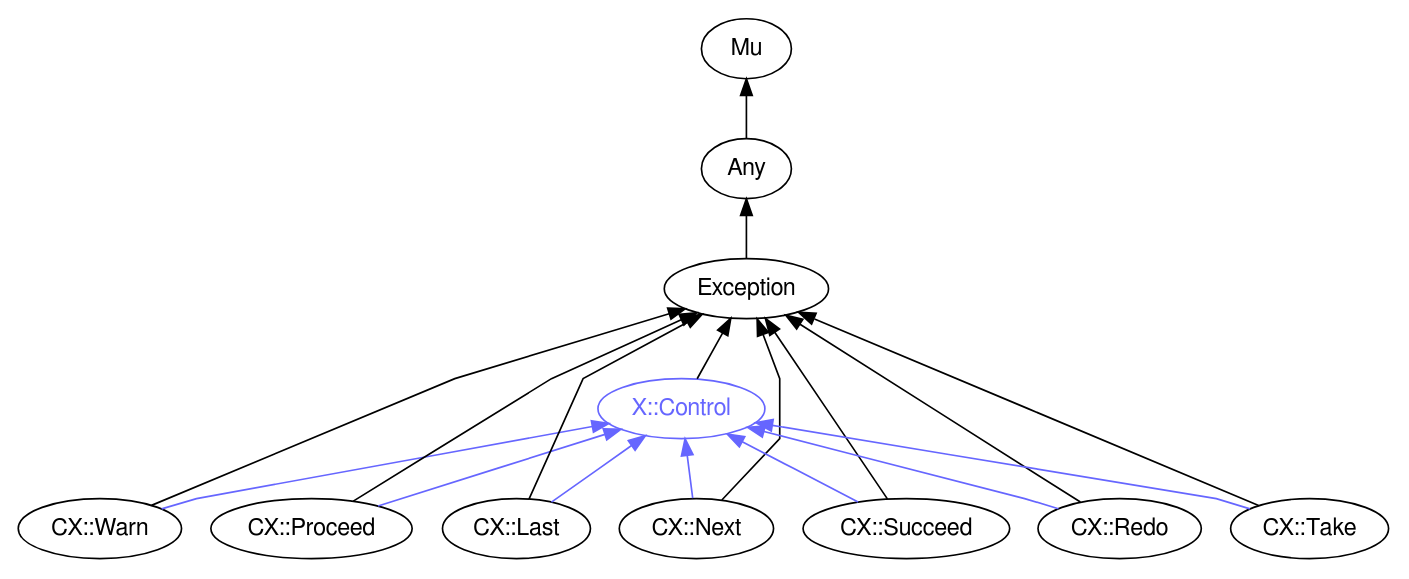
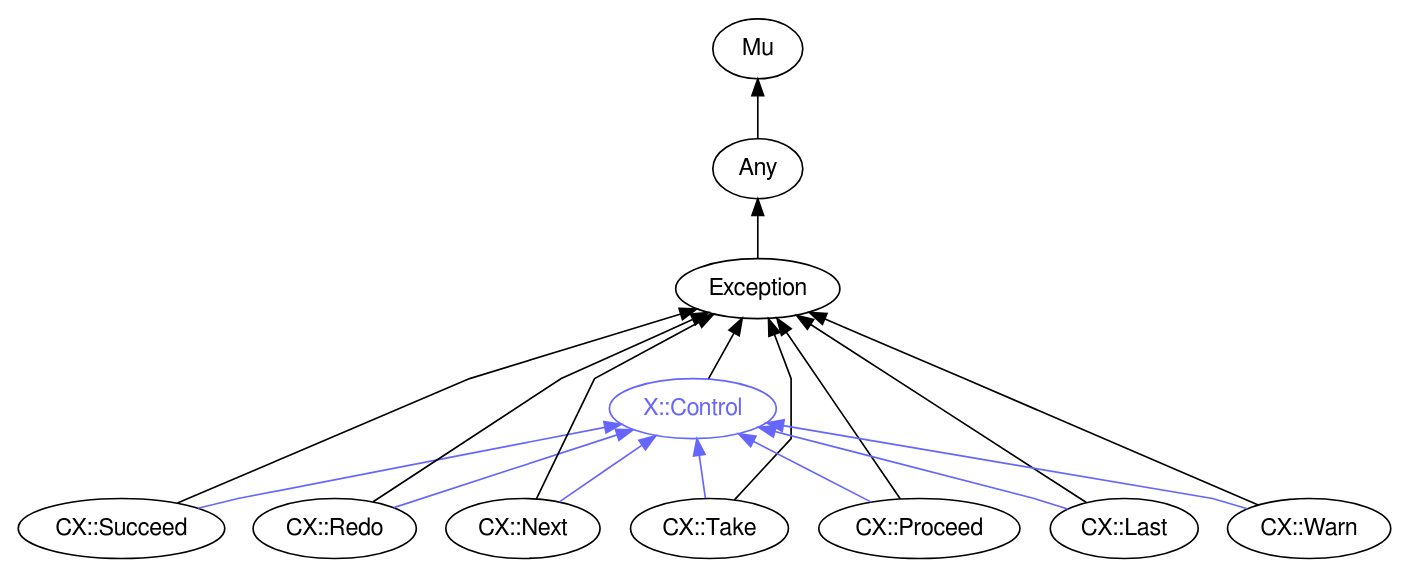
Before and after one commit to perl6docs/perl6docs.github.io: the diagram in images/type-graph-X::Control.svg.dot, drawn with Graphviz. The commit also changed other lines of this file and 4350 other files, not shown here.

```diff
--- a/images/type-graph-X::Control.svg.dot
+++ b/images/type-graph-X::Control.svg.dot
@@ -1,38 +1,38 @@
 digraph "perl6-type-graph" {
     rankdir=BT;
     splines=polyline;
     overlap=false; 
     // Types
     "X::Control" [color="#6666FF", fontcolor="#6666FF", href="/type/X::Control", fontname="FreeSans"];
     "Mu" [color="#000000", fontcolor="#000000", href="/type/Mu", fontname="FreeSans"];
     "Any" [color="#000000", fontcolor="#000000", href="/type/Any", fontname="FreeSans"];
     "Exception" [color="#000000", fontcolor="#000000", href="/type/Exception", fontname="FreeSans"];
-    "CX::Warn" [color="#000000", fontcolor="#000000", href="/type/CX::Warn", fontname="FreeSans"];
+    "CX::Succeed" [color="#000000", fontcolor="#000000", href="/type/CX::Succeed", fontname="FreeSans"];
+    "CX::Redo" [color="#000000", fontcolor="#000000", href="/type/CX::Redo", fontname="FreeSans"];
+    "CX::Next" [color="#000000", fontcolor="#000000", href="/type/CX::Next", fontname="FreeSans"];
+    "CX::Take" [color="#000000", fontcolor="#000000", href="/type/CX::Take", fontname="FreeSans"];
     "CX::Proceed" [color="#000000", fontcolor="#000000", href="/type/CX::Proceed", fontname="FreeSans"];
     "CX::Last" [color="#000000", fontcolor="#000000", href="/type/CX::Last", fontname="FreeSans"];
-    "CX::Next" [color="#000000", fontcolor="#000000", href="/type/CX::Next", fontname="FreeSans"];
-    "CX::Succeed" [color="#000000", fontcolor="#000000", href="/type/CX::Succeed", fontname="FreeSans"];
-    "CX::Redo" [color="#000000", fontcolor="#000000", href="/type/CX::Redo", fontname="FreeSans"];
-    "CX::Take" [color="#000000", fontcolor="#000000", href="/type/CX::Take", fontname="FreeSans"];
+    "CX::Warn" [color="#000000", fontcolor="#000000", href="/type/CX::Warn", fontname="FreeSans"];
 
     // Superclasses
     "X::Control" -> "Exception" [color="#000000"];
     "Any" -> "Mu" [color="#000000"];
     "Exception" -> "Any" [color="#000000"];
-    "CX::Warn" -> "Exception" [color="#000000"];
+    "CX::Succeed" -> "Exception" [color="#000000"];
+    "CX::Redo" -> "Exception" [color="#000000"];
+    "CX::Next" -> "Exception" [color="#000000"];
+    "CX::Take" -> "Exception" [color="#000000"];
     "CX::Proceed" -> "Exception" [color="#000000"];
     "CX::Last" -> "Exception" [color="#000000"];
-    "CX::Next" -> "Exception" [color="#000000"];
-    "CX::Succeed" -> "Exception" [color="#000000"];
-    "CX::Redo" -> "Exception" [color="#000000"];
-    "CX::Take" -> "Exception" [color="#000000"];
+    "CX::Warn" -> "Exception" [color="#000000"];
 
     // Roles
-    "CX::Warn" -> "X::Control" [color="#6666FF"];
+    "CX::Succeed" -> "X::Control" [color="#6666FF"];
+    "CX::Redo" -> "X::Control" [color="#6666FF"];
+    "CX::Next" -> "X::Control" [color="#6666FF"];
+    "CX::Take" -> "X::Control" [color="#6666FF"];
     "CX::Proceed" -> "X::Control" [color="#6666FF"];
     "CX::Last" -> "X::Control" [color="#6666FF"];
-    "CX::Next" -> "X::Control" [color="#6666FF"];
-    "CX::Succeed" -> "X::Control" [color="#6666FF"];
-    "CX::Redo" -> "X::Control" [color="#6666FF"];
-    "CX::Take" -> "X::Control" [color="#6666FF"];
+    "CX::Warn" -> "X::Control" [color="#6666FF"];
 }
```
